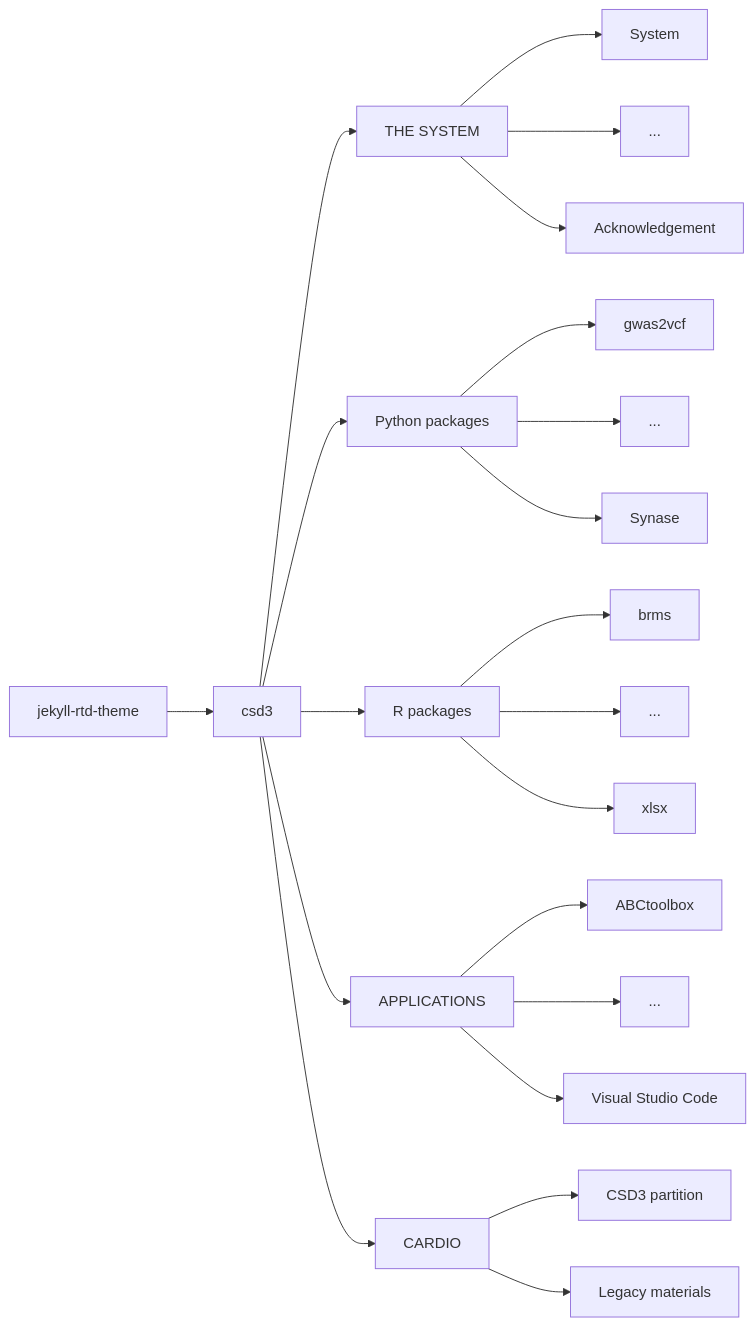
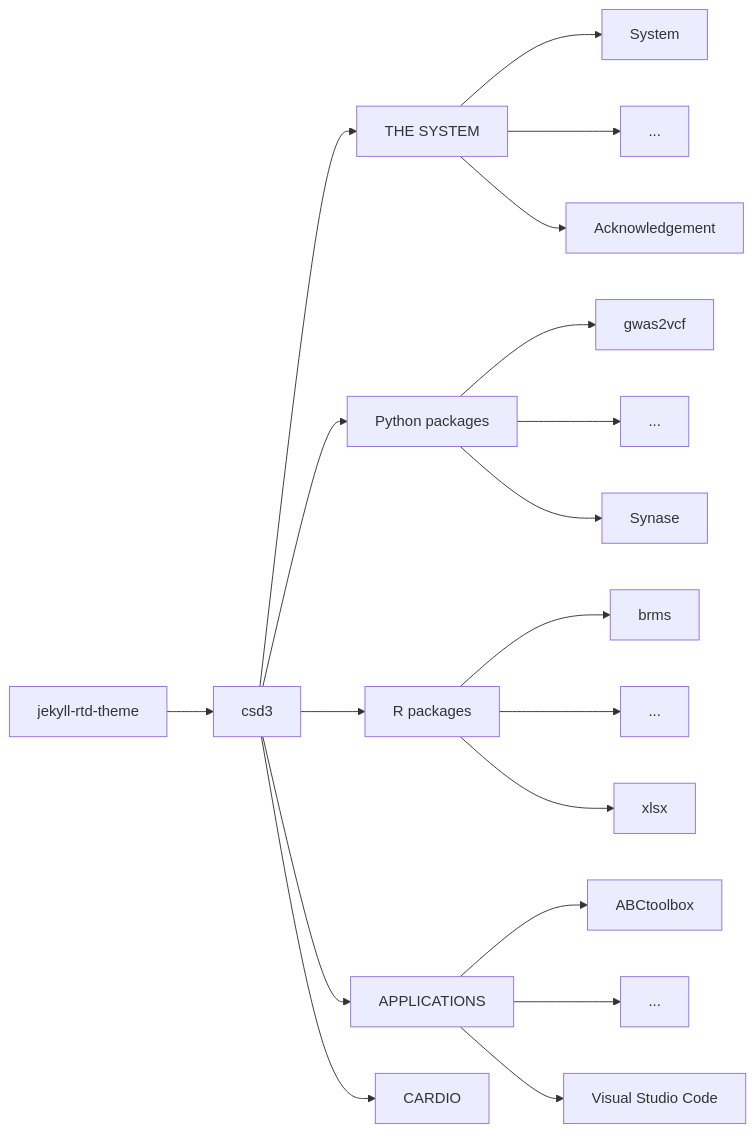
Before and after one commit to cambridge-ceu/csd3: the diagram in README.md, drawn with Mermaid.

````diff
--- a/README.md
+++ b/README.md
@@ -8,23 +8,21 @@
 ```mermaid
 graph LR;
 jekyll-rtd-theme --> csd3
 csd3 --> system["THE SYSTEM"]
 csd3 --> Python["Python packages"]
 csd3 --> R["R packages"]
 csd3 --> applications["APPLICATIONS"]
 csd3 --> cardio["CARDIO"]
 system --> System
 system --> sysdot["..."]
 system --> Acknowledgement
-cardio --> cp["CSD3 partition"]
-cardio --> lm["Legacy materials"]
 applications --> ABCtoolbox
 applications --> appdot["..."]
 applications --> vsc["Visual Studio Code"]
 Python --> gwas2vcf
 Python --> Pythondot["..."]
 Python --> Synase
 R --> brms
 R --> Rdot["..."]
 R --> xlsx
 ```
````
